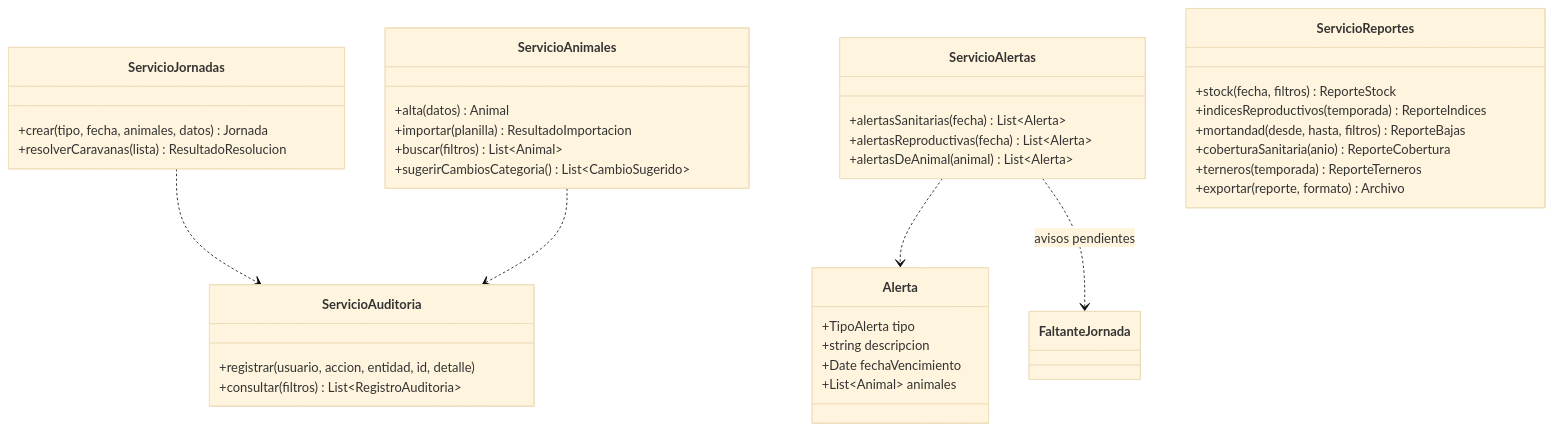
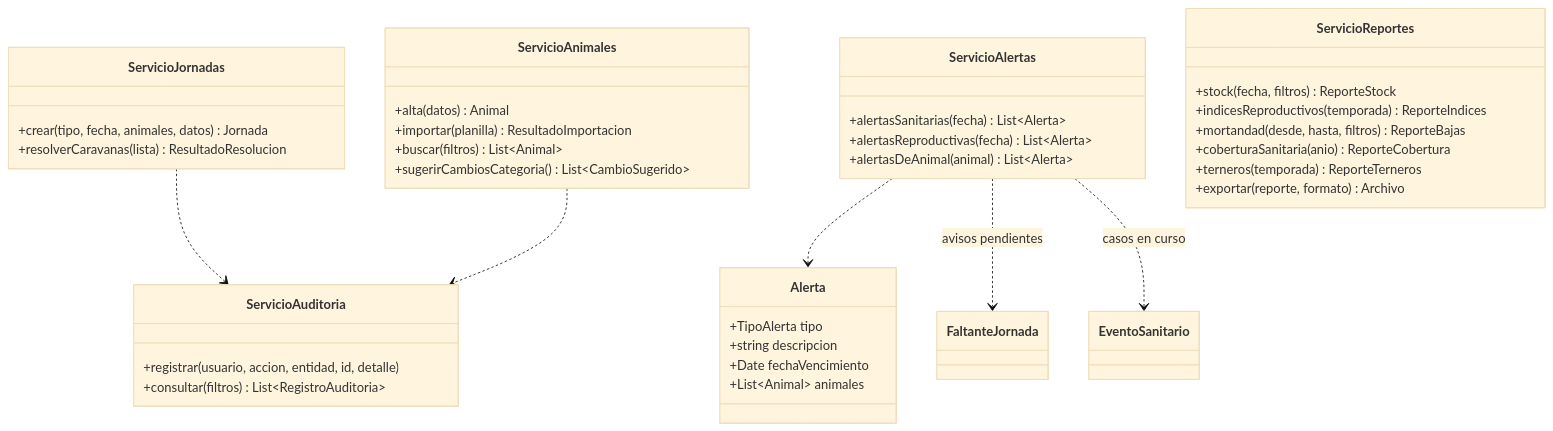
Before and after one commit to Francisco9djul/Mi-Hacienda-Digital: the second of 2 diagrams in docs/07-modelado/diagrama-de-clases.md, drawn with Mermaid (base theme). The commit also changed other lines of this file and 20 other files, not shown here.

````diff
--- a/docs/07-modelado/diagrama-de-clases.md
+++ b/docs/07-modelado/diagrama-de-clases.md
@@ -302,40 +306,41 @@
 ```mermaid
 classDiagram
     class ServicioAnimales {
         +alta(datos) Animal
         +importar(planilla) ResultadoImportacion
         +buscar(filtros) List~Animal~
         +sugerirCambiosCategoria() List~CambioSugerido~
     }
     class ServicioJornadas {
         +crear(tipo, fecha, animales, datos) Jornada
         +resolverCaravanas(lista) ResultadoResolucion
     }
     class ServicioAlertas {
         +alertasSanitarias(fecha) List~Alerta~
         +alertasReproductivas(fecha) List~Alerta~
         +alertasDeAnimal(animal) List~Alerta~
     }
     class ServicioReportes {
         +stock(fecha, filtros) ReporteStock
         +indicesReproductivos(temporada) ReporteIndices
         +mortandad(desde, hasta, filtros) ReporteBajas
         +coberturaSanitaria(anio) ReporteCobertura
         +terneros(temporada) ReporteTerneros
         +exportar(reporte, formato) Archivo
     }
     class ServicioAuditoria {
         +registrar(usuario, accion, entidad, id, detalle)
         +consultar(filtros) List~RegistroAuditoria~
     }
     class Alerta {
         +TipoAlerta tipo
         +string descripcion
         +Date fechaVencimiento
         +List~Animal~ animales
     }
     ServicioAlertas ..> Alerta
     ServicioAlertas ..> FaltanteJornada : avisos pendientes
+    ServicioAlertas ..> EventoSanitario : casos en curso
     ServicioJornadas ..> ServicioAuditoria
     ServicioAnimales ..> ServicioAuditoria
 ```
````
